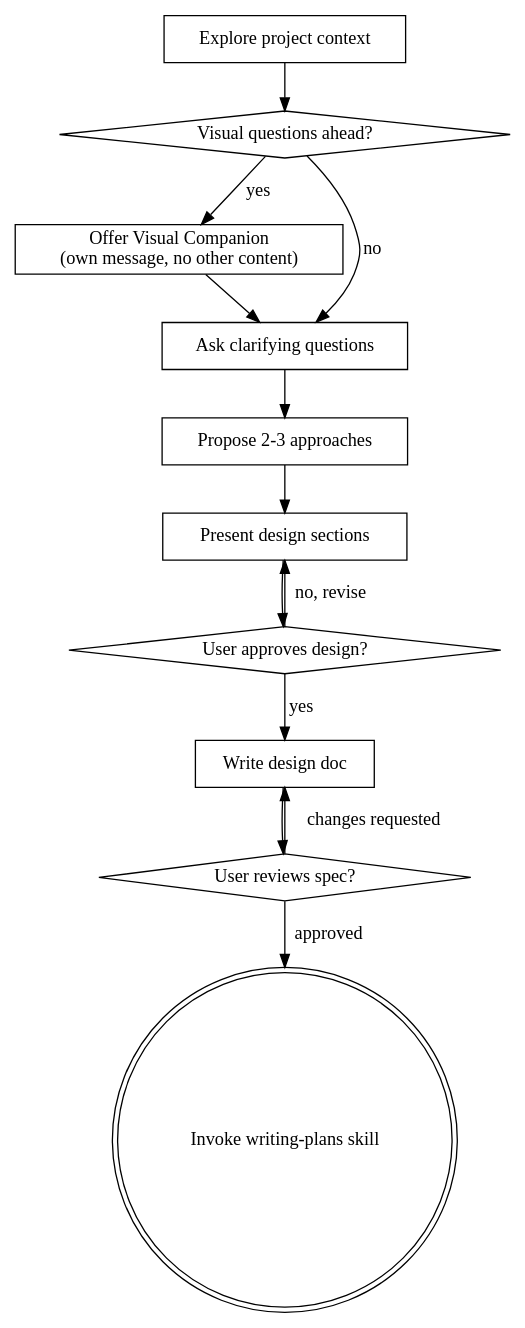
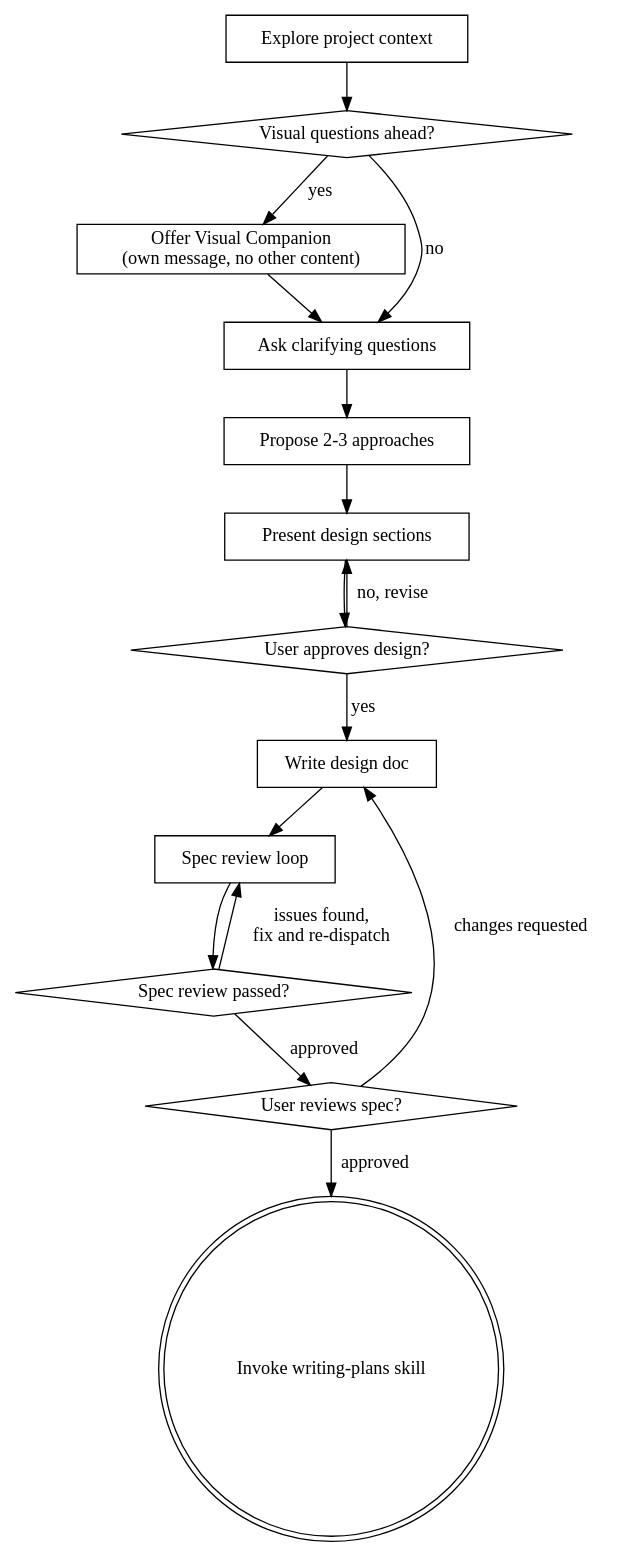
Before and after one commit to minz1/minz-skills: the diagram in plugins/superpowers/skills/brainstorming/SKILL.md, drawn with Graphviz. The commit also changed other lines of this file, not shown here.

Commit message:
Fix brainstorming skill: add spec review loop to checklist and flow diagram
The spec review loop (dispatch spec-document-reviewer subagent, iterate
until approved) existed in the prose "After the Design" section but was
missing from both the checklist and the process flow diagram. Since agents
follow the diagram and checklist more reliably than prose, the spec review
step was being skipped entirely.

Added step 7 (spec review loop) to the checklist and a corresponding
"Spec review loop" → "Spec review passed?" node pair to the dot graph.

Tested with claude --plugin-dir and claude-session-driver: worker now
correctly dispatches the spec-document-reviewer subagent after writing
the design doc and before presenting to the user for review.

Fixes #677.

````diff
--- a/plugins/superpowers/skills/brainstorming/SKILL.md
+++ b/plugins/superpowers/skills/brainstorming/SKILL.md
@@ -35,27 +36,32 @@
 ```dot
 digraph brainstorming {
     "Explore project context" [shape=box];
     "Visual questions ahead?" [shape=diamond];
     "Offer Visual Companion\n(own message, no other content)" [shape=box];
     "Ask clarifying questions" [shape=box];
     "Propose 2-3 approaches" [shape=box];
     "Present design sections" [shape=box];
     "User approves design?" [shape=diamond];
     "Write design doc" [shape=box];
+    "Spec review loop" [shape=box];
+    "Spec review passed?" [shape=diamond];
     "User reviews spec?" [shape=diamond];
     "Invoke writing-plans skill" [shape=doublecircle];
 
     "Explore project context" -> "Visual questions ahead?";
     "Visual questions ahead?" -> "Offer Visual Companion\n(own message, no other content)" [label="yes"];
     "Visual questions ahead?" -> "Ask clarifying questions" [label="no"];
     "Offer Visual Companion\n(own message, no other content)" -> "Ask clarifying questions";
     "Ask clarifying questions" -> "Propose 2-3 approaches";
     "Propose 2-3 approaches" -> "Present design sections";
     "Present design sections" -> "User approves design?";
     "User approves design?" -> "Present design sections" [label="no, revise"];
     "User approves design?" -> "Write design doc" [label="yes"];
-    "Write design doc" -> "User reviews spec?";
+    "Write design doc" -> "Spec review loop";
+    "Spec review loop" -> "Spec review passed?";
+    "Spec review passed?" -> "Spec review loop" [label="issues found,\nfix and re-dispatch"];
+    "Spec review passed?" -> "User reviews spec?" [label="approved"];
     "User reviews spec?" -> "Write design doc" [label="changes requested"];
     "User reviews spec?" -> "Invoke writing-plans skill" [label="approved"];
 }
 ```
````
